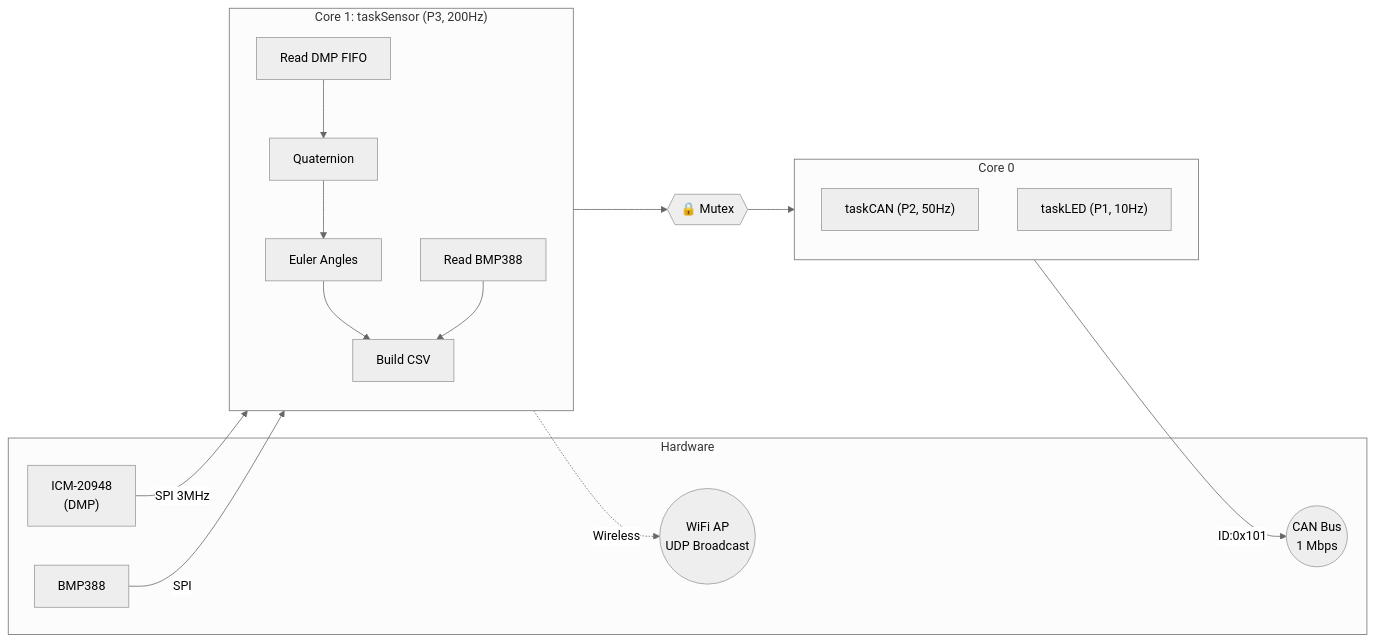
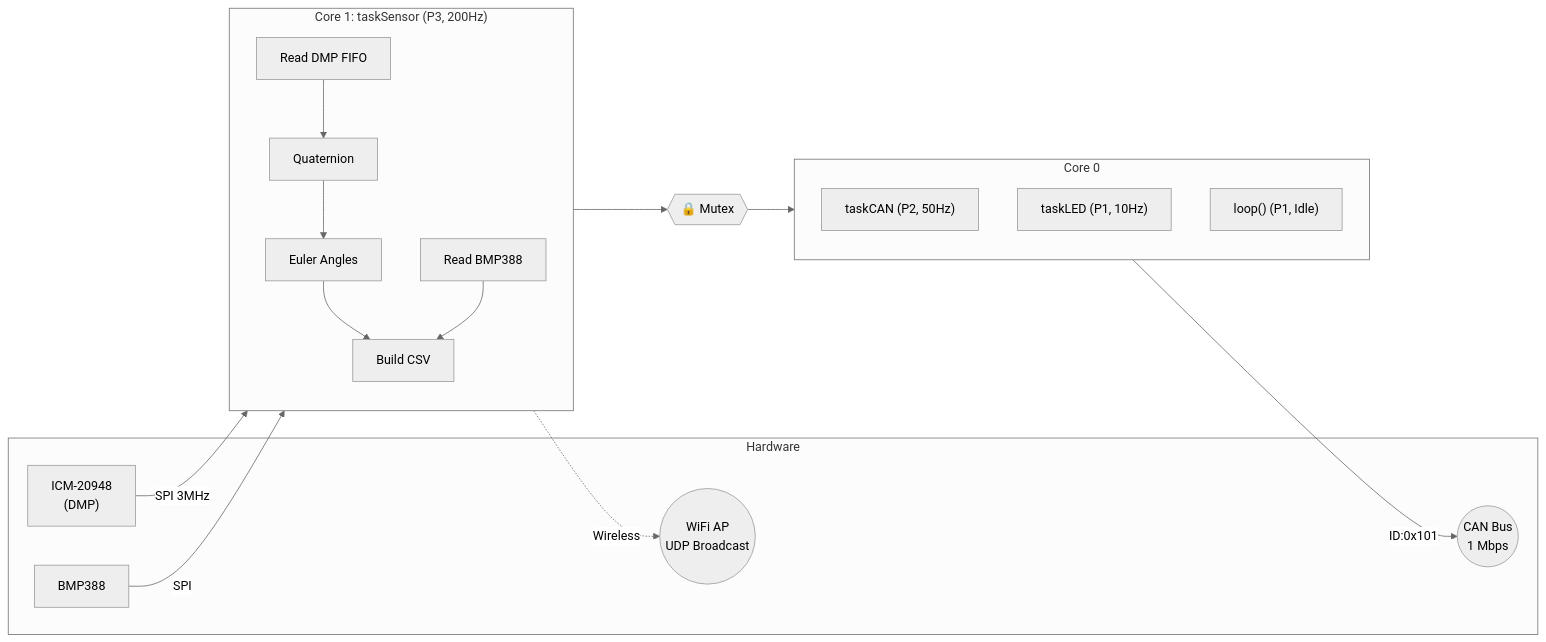
The diagram in README.md (zwll0911/GY912_Module), drawn with Mermaid (neutral theme) before and after one commit. The commit also changed other lines of this file and 4 other files, not shown here.

````diff
--- a/README.md
+++ b/README.md
@@ -45,35 +46,36 @@
 ```mermaid
 flowchart LR
     subgraph Hardware
         IMU["ICM-20948<br/>(DMP)"]
         BARO["BMP388"]
         Bus((CAN Bus<br/>1 Mbps))
         WiFi((WiFi AP<br/>UDP Broadcast))
     end
 
     subgraph Core1 ["Core 1: taskSensor (P3, 200Hz)"]
         direction TB
         FIFO[Read DMP FIFO]
         Quat["Quaternion"]
         Euler["Euler Angles"]
         BMP[Read BMP388]
         CSV[Build CSV]
     end
 
     subgraph Core0 ["Core 0"]
         direction TB
         CAN_Task["taskCAN (P2, 50Hz)"]
         LED_Task["taskLED (P1, 10Hz)"]
+        Pool_Task["loop() (P1, Idle)"]
     end
 
     Mutex{{"🔒 Mutex"}}
 
     IMU -->|SPI 3MHz| FIFO
     FIFO --> Quat --> Euler
     BARO -->|SPI| BMP
     Euler & BMP --> CSV
     Euler --> Mutex
     Mutex --> CAN_Task
     CAN_Task -->|"ID:0x101"| Bus
     CSV -.->|Wireless| WiFi
 ```
````
